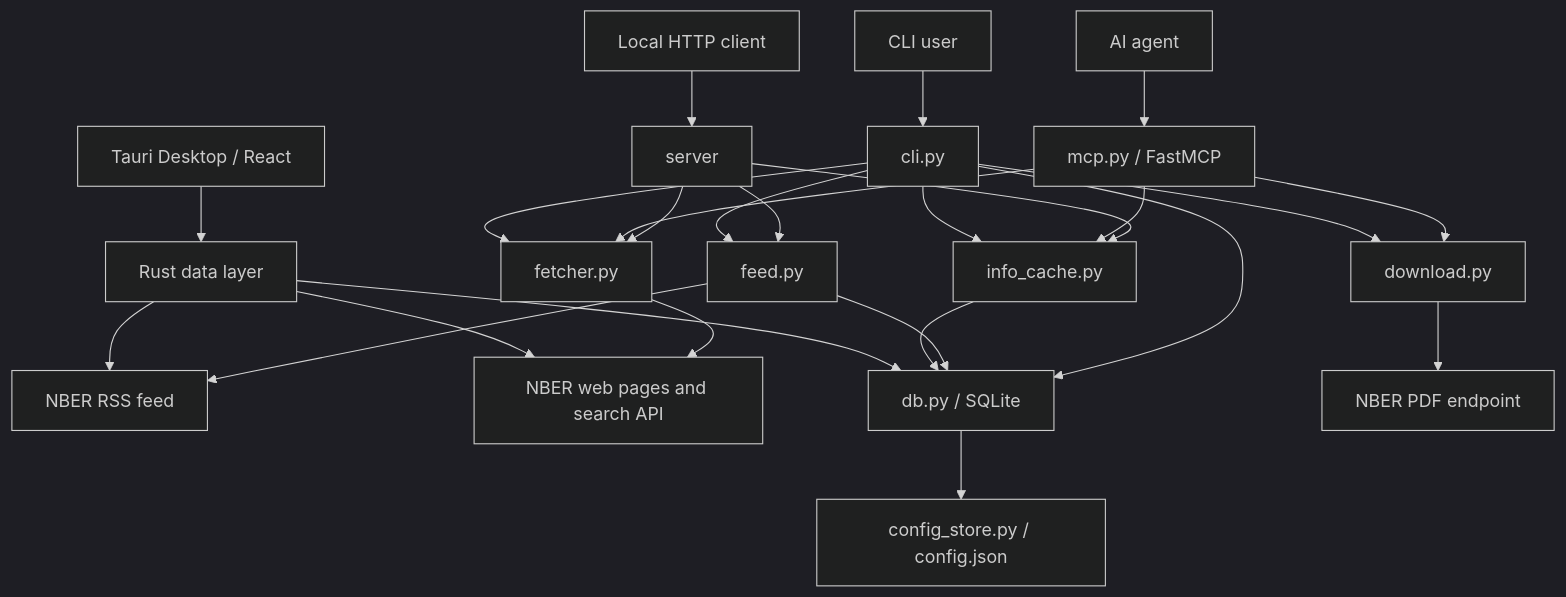
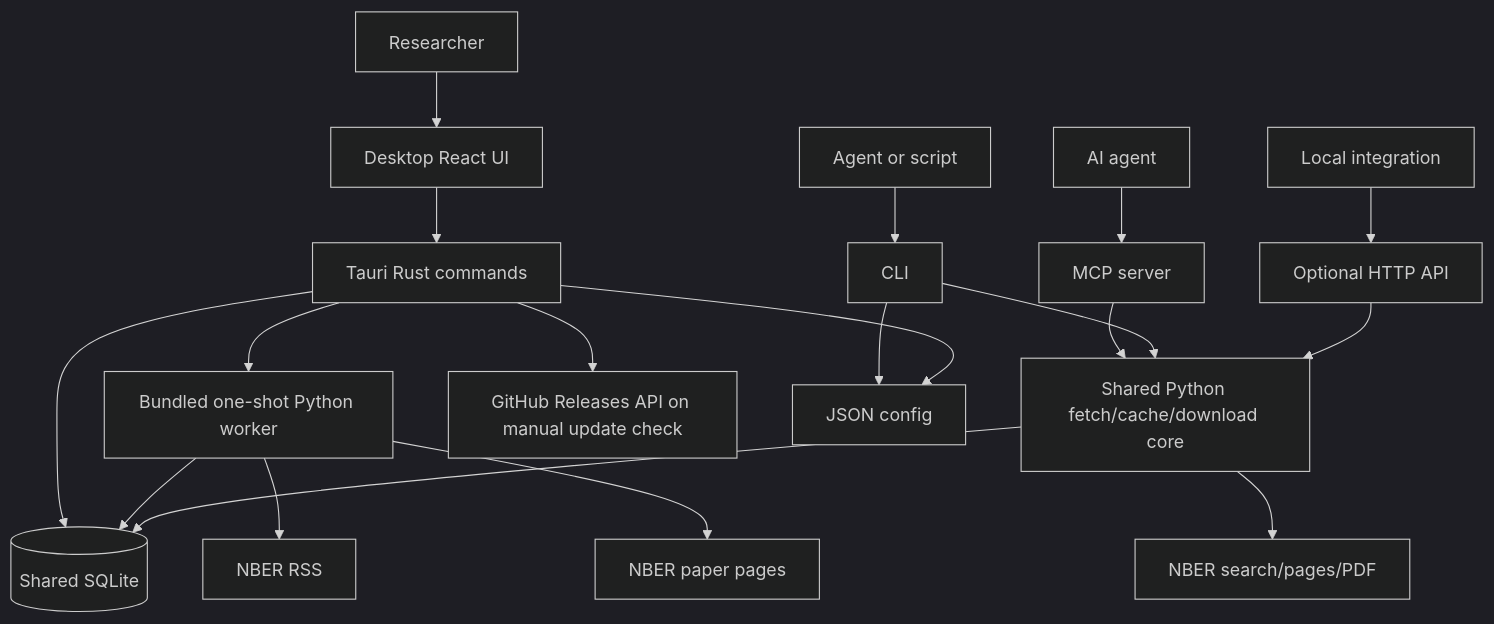
The diagram in docs/en/architecture.md (SepineTam/NBER-CLI), drawn with Mermaid (dark theme) before and after one commit. The commit also changed other lines of this file and 40 other files, not shown here.

````diff
--- a/docs/en/architecture.md
+++ b/docs/en/architecture.md
@@ -7,27 +9,24 @@
 ```mermaid
 flowchart TD
-    user[CLI user] --> cli[cli.py]
-    agent[AI agent] --> mcp[mcp.py / FastMCP]
-    desktop[Tauri Desktop / React] --> native[Rust data layer]
-    local[Local HTTP client] --> server
-    cli --> fetcher[fetcher.py]
-    cli --> download[download.py]
-    cli --> feed[feed.py]
-    cli --> cache[info_cache.py]
-    mcp --> fetcher
-    mcp --> download
-    mcp --> cache
-    server --> fetcher
-    server --> feed
-    server --> cache
-    native --> rss
-    native --> nber
-    native --> db
-    fetcher --> nber[NBER web pages and search API]
-    download --> pdf[NBER PDF endpoint]
-    feed --> rss[NBER RSS feed]
-    cache --> db[db.py / SQLite]
-    feed --> db
-    cli --> db
-    db --> config[config_store.py / config.json]
+    researcher[Researcher] --> react[Desktop React UI]
+    react --> tauri[Tauri Rust commands]
+    tauri --> sqlite[(Shared SQLite)]
+    tauri --> worker[Bundled one-shot Python worker]
+    worker --> feed[NBER RSS]
+    worker --> pages[NBER paper pages]
+    worker --> sqlite
+
+    agent[AI agent] --> mcp[MCP server]
+    automation[Agent or script] --> cli[CLI]
+    client[Local integration] --> http[Optional HTTP API]
+
+    mcp --> core[Shared Python fetch/cache/download core]
+    cli --> core
+    http --> core
+    core --> search[NBER search/pages/PDF]
+    core --> sqlite
+
+    tauri --> github[GitHub Releases API on manual update check]
+    cli --> config[JSON config]
+    tauri --> config
 ```
````
